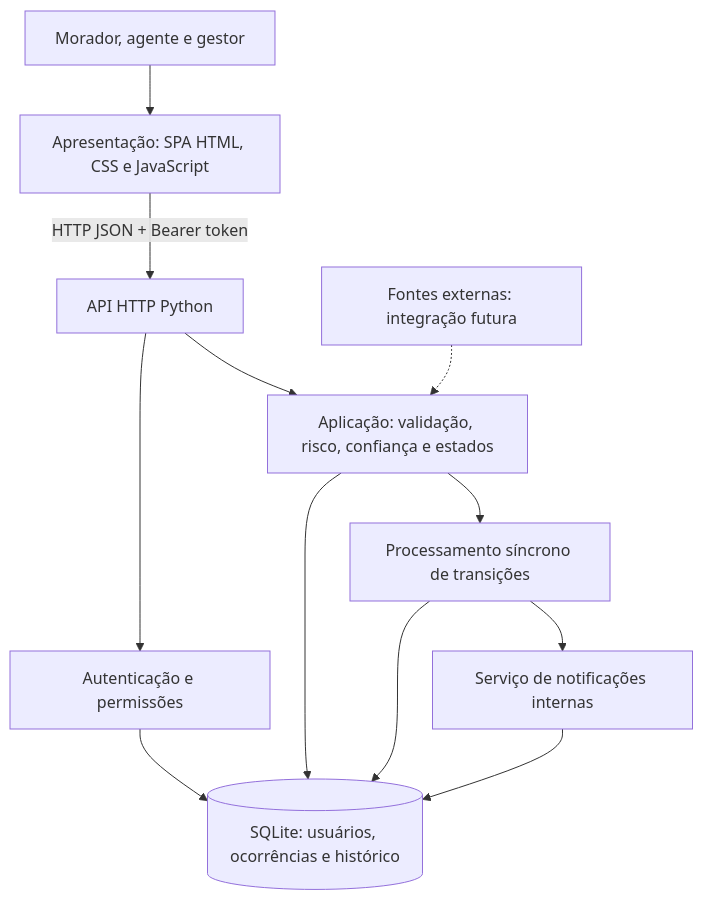
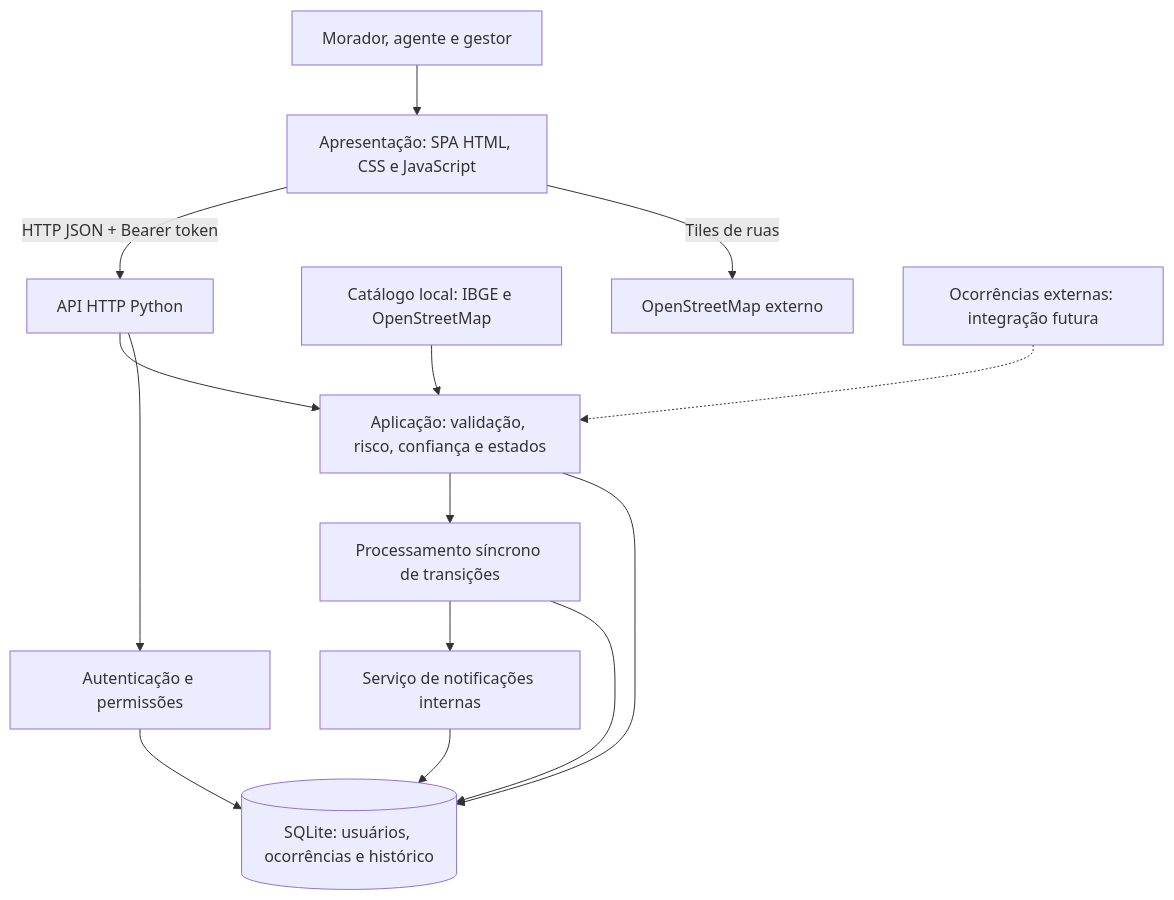
One commit to dudu-initial/alertabairro changed the diagram in docs/diagramas/arquitetura.mmd. Above: the diagram before and after it, drawn with Mermaid. The commit also changed 23 other files, not shown here.

```diff
--- a/docs/diagramas/arquitetura.mmd
+++ b/docs/diagramas/arquitetura.mmd
@@ -1,12 +1,14 @@
 flowchart TB
     U[Morador, agente e gestor] --> UI[Apresentação: SPA HTML, CSS e JavaScript]
     UI -->|HTTP JSON + Bearer token| API[API HTTP Python]
     API --> A[Aplicação: validação, risco, confiança e estados]
     API --> AUTH[Autenticação e permissões]
     A --> EVENTS[Processamento síncrono de transições]
     EVENTS --> N[Serviço de notificações internas]
     A --> P[(SQLite: usuários, ocorrências e histórico)]
     AUTH --> P
     EVENTS --> P
     N --> P
-    EXT[Fontes externas: integração futura] -.-> A
+    GEO[Catálogo local: IBGE e OpenStreetMap] --> A
+    UI -->|Tiles de ruas| OSM[OpenStreetMap externo]
+    EXT[Ocorrências externas: integração futura] -.-> A
```
